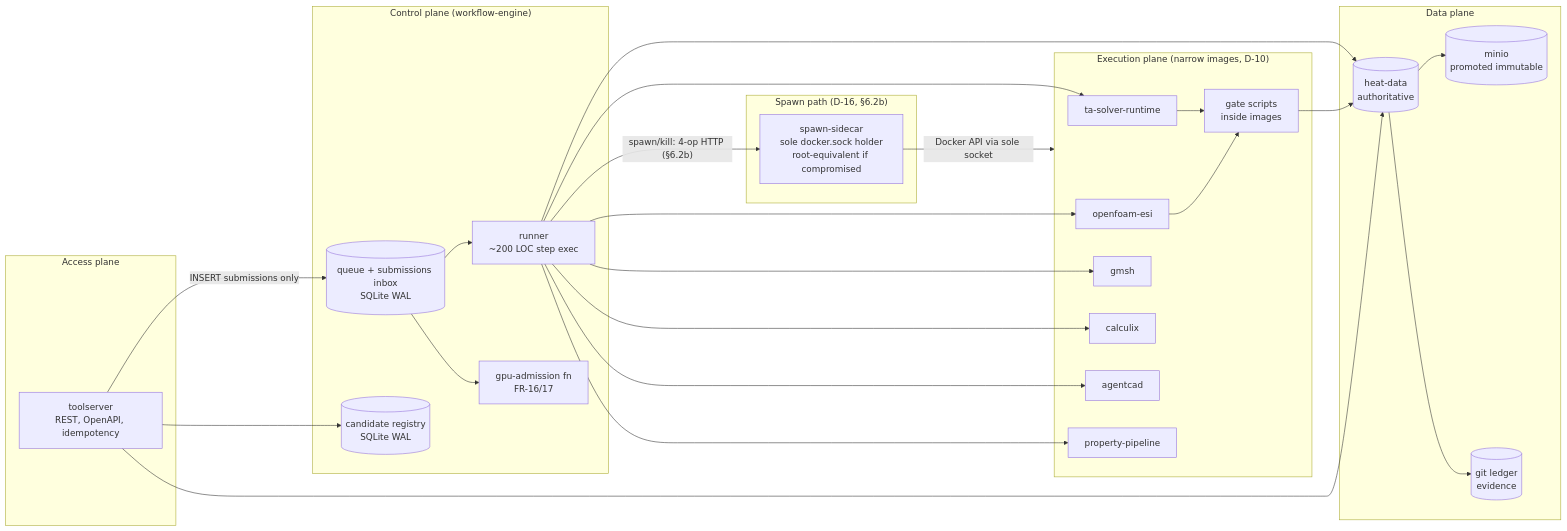
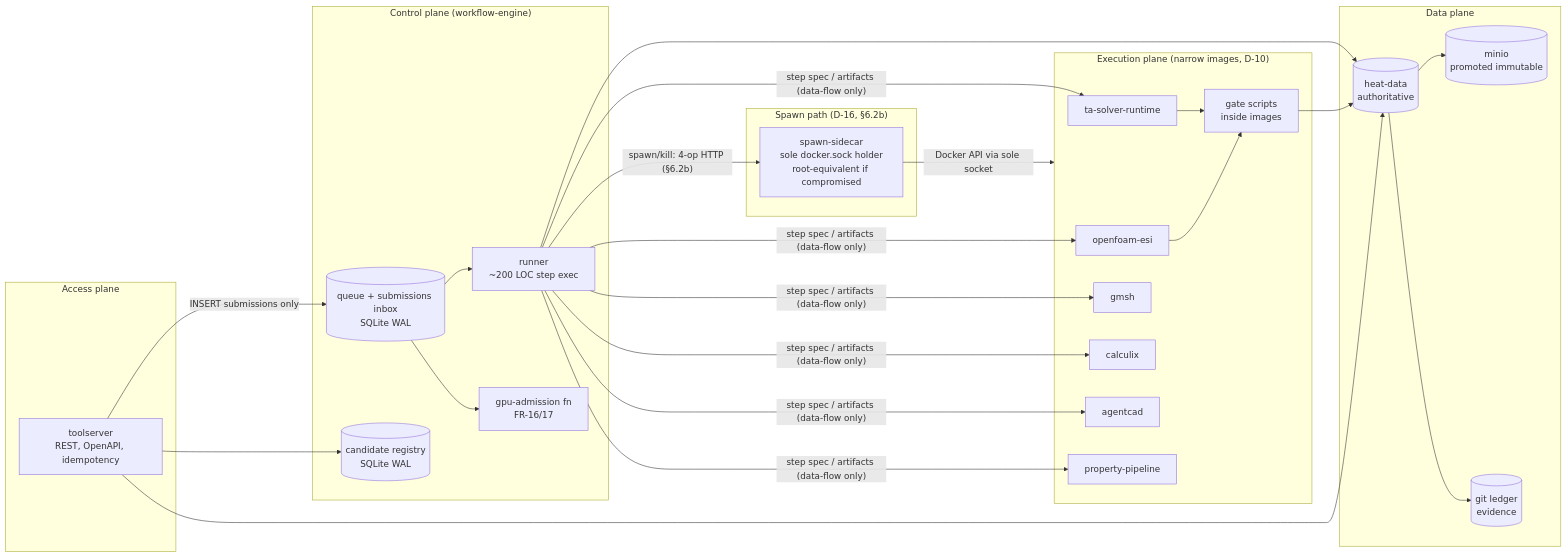
The second of 9 diagrams in docs/HE-TOOLSTACK-TECHNICAL-DESIGN.md (jstevenjacobs/HE-toolstack), drawn with Mermaid before and after one commit. The commit also changed other lines of this file and 3 other files, not shown here.

Commit message:
dp(R5-walk3): M2 re-walk PASS — MATCH at 4759e28; bypass-ambiguity resolved (runner->image relabeled data-flow, D2 caption addendum per operator option); owner walk closed 6/6; ledger+state rows

````diff
--- a/docs/HE-TOOLSTACK-TECHNICAL-DESIGN.md
+++ b/docs/HE-TOOLSTACK-TECHNICAL-DESIGN.md
@@ -262,37 +262,37 @@
 ```mermaid
 graph LR
     subgraph Access["Access plane"]
         TS[toolserver<br/>REST, OpenAPI, idempotency]
     end
     subgraph Control["Control plane (workflow-engine)"]
         Q[(queue + submissions inbox<br/>SQLite WAL)]
         R[(candidate registry<br/>SQLite WAL)]
         RU[runner<br/>~200 LOC step exec]
         ADM[gpu-admission fn<br/>FR-16/17]
     end
     subgraph Exec["Execution plane (narrow images, D-10)"]
         I1[ta-solver-runtime]
         I2[openfoam-esi]
         I3[gmsh]
         I4[calculix]
         I5[agentcad]
         I6[property-pipeline]
         PG[gate scripts<br/>inside images]
     end
     subgraph Spawn["Spawn path (D-16, §6.2b)"]
         SC[spawn-sidecar<br/>sole docker.sock holder<br/>root-equivalent if compromised]
     end
     subgraph Data["Data plane"]
         HD[(heat-data<br/>authoritative)]
         MI[(minio<br/>promoted immutable)]
         GI[(git ledger<br/>evidence)]
     end
     TS -->|INSERT submissions only| Q; TS --> R
     Q --> ADM; Q --> RU
     RU -->|"spawn/kill: 4-op HTTP (§6.2b)"| SC
     SC -->|"Docker API via sole socket"| Exec
-    RU --> I1 & I2 & I3 & I4 & I5 & I6
+    RU -->|"step spec / artifacts (data-flow only)"| I1 & I2 & I3 & I4 & I5 & I6
     I1 & I2 --> PG
     RU --> HD; PG --> HD; TS --> HD
     HD --> MI; HD --> GI
 ```
````
